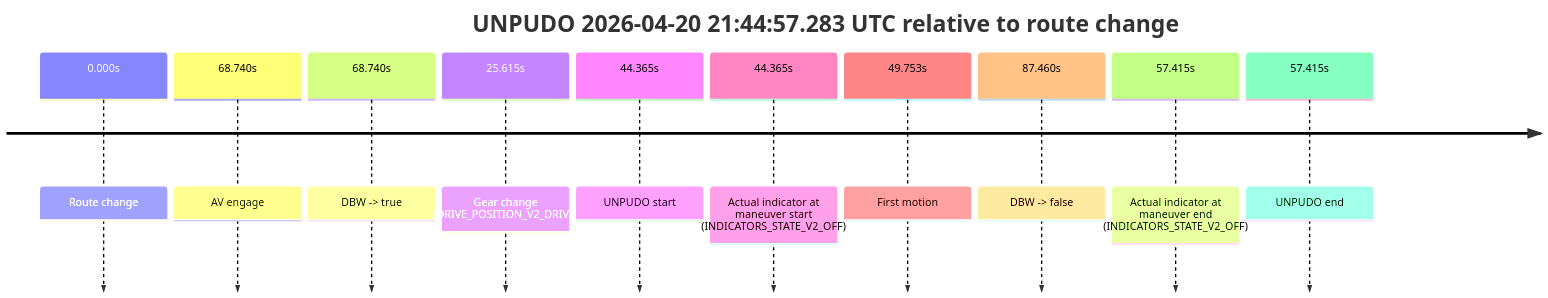
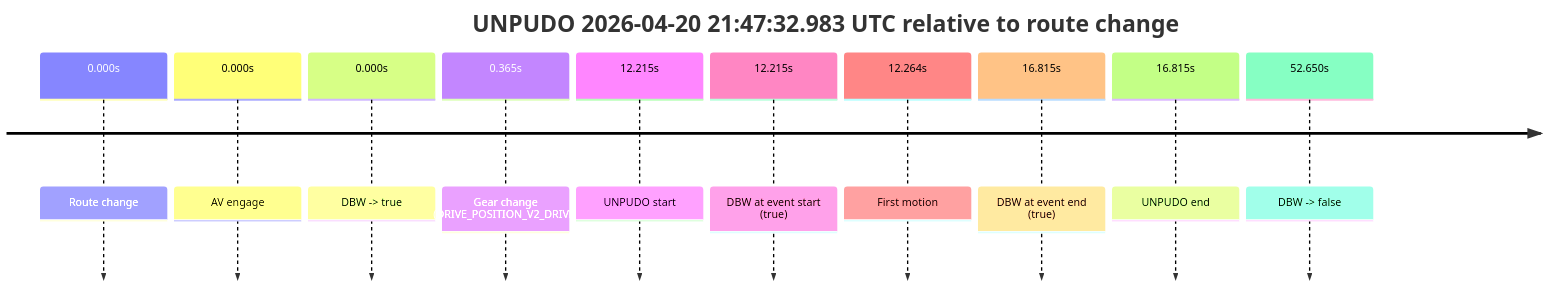
Before and after one commit to yoelshapiro/vault: the seventh of 8 diagrams in model_analysis/report_cards/2026/04/Week-4/fme20007--2026-04-20--20-19-45--gen2-av-ef2164fc-41df-4c1d-92d3-0663632675b0.md, drawn with Mermaid. The commit also changed other lines of this file, not shown here.

````diff
--- a/model_analysis/report_cards/2026/04/Week-4/fme20007--2026-04-20--20-19-45--gen2-av-ef2164fc-41df-4c1d-92d3-0663632675b0.md
+++ b/model_analysis/report_cards/2026/04/Week-4/fme20007--2026-04-20--20-19-45--gen2-av-ef2164fc-41df-4c1d-92d3-0663632675b0.md
@@ -989,14 +583,14 @@
 ```mermaid
 timeline
-    title UNPUDO 2026-04-20 21:44:57.283 UTC relative to route change
+    title UNPUDO 2026-04-20 21:47:32.983 UTC relative to route change
     0.000s : Route change
-    68.740s : AV engage
-    68.740s : DBW -> true
-    25.615s : Gear change (DRIVE_POSITION_V2_DRIVE)
-    44.365s : UNPUDO start
-    44.365s : Actual indicator at maneuver start (INDICATORS_STATE_V2_OFF)
-    49.753s : First motion
-    87.460s : DBW -> false
-    57.415s : Actual indicator at maneuver end (INDICATORS_STATE_V2_OFF)
-    57.415s : UNPUDO end
+    0.000s : AV engage
+    0.000s : DBW -> true
+    0.365s : Gear change (DRIVE_POSITION_V2_DRIVE)
+    12.215s : UNPUDO start
+    12.215s : DBW at event start (true)
+    12.264s : First motion
+    16.815s : DBW at event end (true)
+    16.815s : UNPUDO end
+    52.650s : DBW -> false
 ```
````
